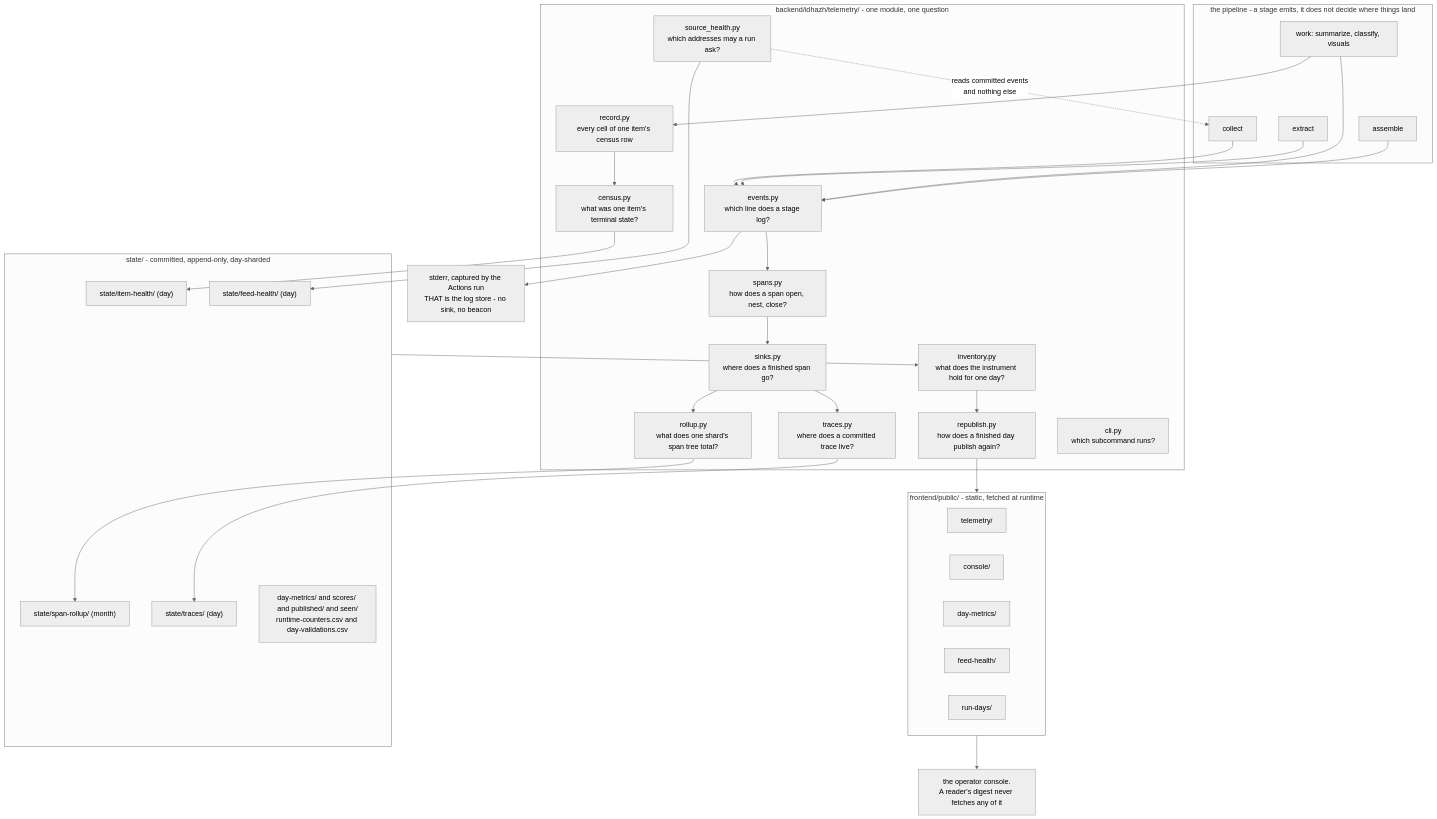
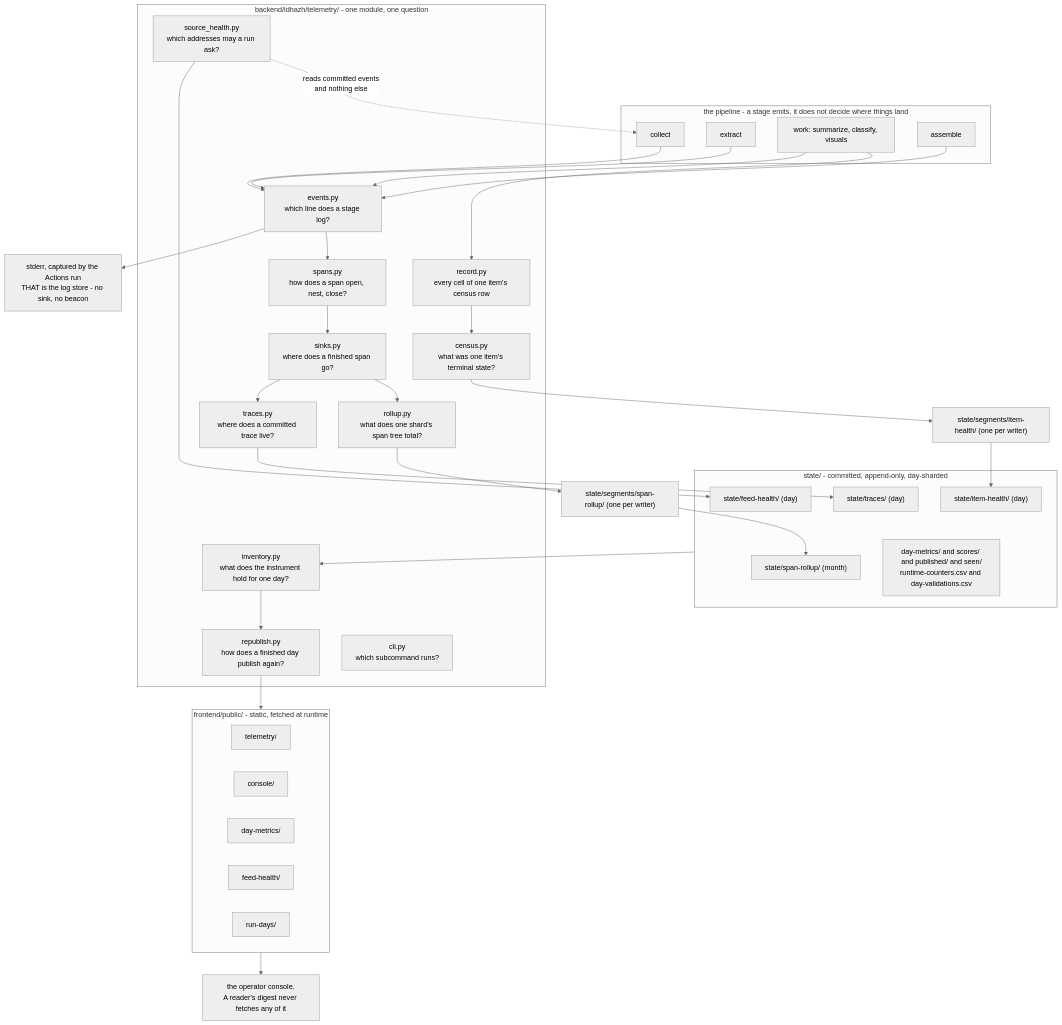
Before and after one commit to miztiik/yen-idhazh: the diagram in docs/concepts/telemetry.md, drawn with Mermaid (neutral theme). The commit also changed other lines of this file and 14 other files, not shown here.

First line of the commit message:
The span fold writes a segment instead of the month head

````diff
--- a/docs/concepts/telemetry.md
+++ b/docs/concepts/telemetry.md
@@ -17,64 +17,67 @@
 ```mermaid
 flowchart TD
   subgraph stages["the pipeline - a stage emits, it does not decide where things land"]
     collect["collect"]
     extract["extract"]
     work["work: summarize, classify, visuals"]
     assemble["assemble"]
   end
 
   collect --> events
   extract --> events
   work --> events
   assemble --> events
   work --> record
 
   subgraph pkg["backend/idhazh/telemetry/ - one module, one question"]
     events["events.py<br/>which line does a stage log?"]
     spans["spans.py<br/>how does a span open, nest, close?"]
     sinks["sinks.py<br/>where does a finished span go?"]
     record["record.py<br/>every cell of one item's census row"]
     census["census.py<br/>what was one item's terminal state?"]
     rollup["rollup.py<br/>what does one shard's span tree total?"]
     traces["traces.py<br/>where does a committed trace live?"]
     inventory["inventory.py<br/>what does the instrument hold for one day?"]
     health["source_health.py<br/>which addresses may a run ask?"]
     republish["republish.py<br/>how does a finished day publish again?"]
     cli["cli.py<br/>which subcommand runs?"]
   end
 
   events --> stderr["stderr, captured by the Actions run<br/>THAT is the log store - no sink, no beacon"]
   events --> spans --> sinks
   sinks --> traces
   sinks --> rollup
   record --> census
 
-  census --> ih["state/item-health/ (day)"]
-  rollup --> sr["state/span-rollup/ (month)"]
+  census --> ih["state/segments/item-health/ (one per writer)"]
+  rollup --> sr["state/segments/span-rollup/ (one per writer)"]
   traces --> tr["state/traces/ (day)"]
   health --> fh["state/feed-health/ (day)"]
 
+  ih --> head_ih["state/item-health/ (day)"]
+  sr --> head_sr["state/span-rollup/ (month)"]
+
   subgraph state["state/ - committed, append-only, day-sharded"]
-    ih
-    sr
+    head_ih
+    head_sr
     tr
     fh
     other["day-metrics/ and scores/ and published/ and seen/<br/>runtime-counters.csv and day-validations.csv"]
   end
 
   state --> inventory
   inventory --> republish
   republish --> pub
 
   subgraph pub["frontend/public/ - static, fetched at runtime"]
     telem["telemetry/"]
     cons["console/"]
     dm["day-metrics/"]
     fhp["feed-health/"]
     rd["run-days/"]
   end
 
   pub --> op["the operator console.<br/>A reader's digest never fetches any of it"]
 
   health -.->|"reads committed events<br/>and nothing else"| collect
 ```
````
